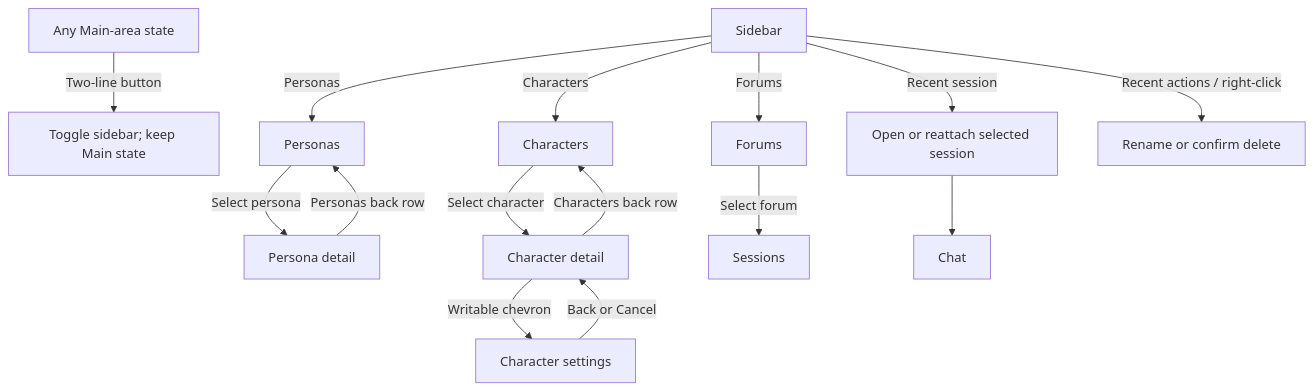
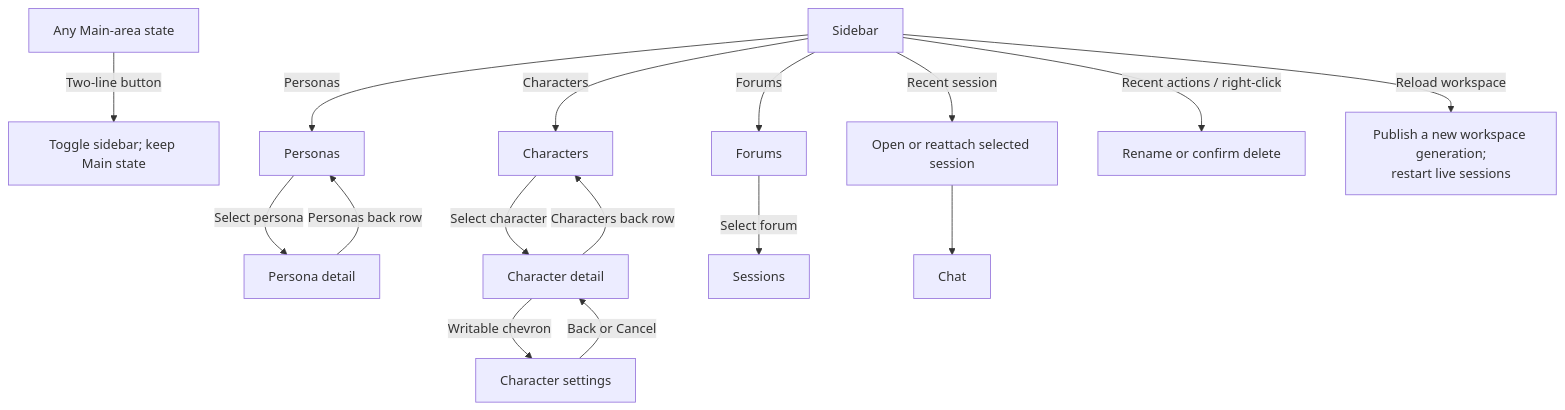
Before and after one commit to michaelpopov/cha: the first of 7 diagrams in docs/web-ui/flows.md, drawn with Mermaid. The commit also changed 18 other files, not shown here.

Commit message:
Reload workspace

````diff
--- a/docs/web-ui/flows.md
+++ b/docs/web-ui/flows.md
@@ -7,17 +7,18 @@
 ```mermaid
 flowchart TD
     Main["Any Main-area state"] -->|"Two-line button"| Toggle["Toggle sidebar; keep Main state"]
     Sidebar["Sidebar"] -->|"Personas"| Personas["Personas"]
     Sidebar -->|"Characters"| Characters["Characters"]
     Sidebar -->|"Forums"| Forums["Forums"]
     Sidebar -->|"Recent session"| Open["Open or reattach selected session"]
     Sidebar -->|"Recent actions / right-click"| Maintain["Rename or confirm delete"]
+    Sidebar -->|"Reload workspace"| Reload["Publish a new workspace generation;<br/>restart live sessions"]
     Personas -->|"Select persona"| PersonaDetail["Persona detail"]
     PersonaDetail -->|"Personas back row"| Personas
     Characters -->|"Select character"| Detail["Character detail"]
     Detail -->|"Characters back row"| Characters
     Detail -->|"Writable chevron"| Settings["Character settings"]
     Settings -->|"Back or Cancel"| Detail
     Forums -->|"Select forum"| Sessions["Sessions"]
     Open --> Chat["Chat"]
 ```
````
